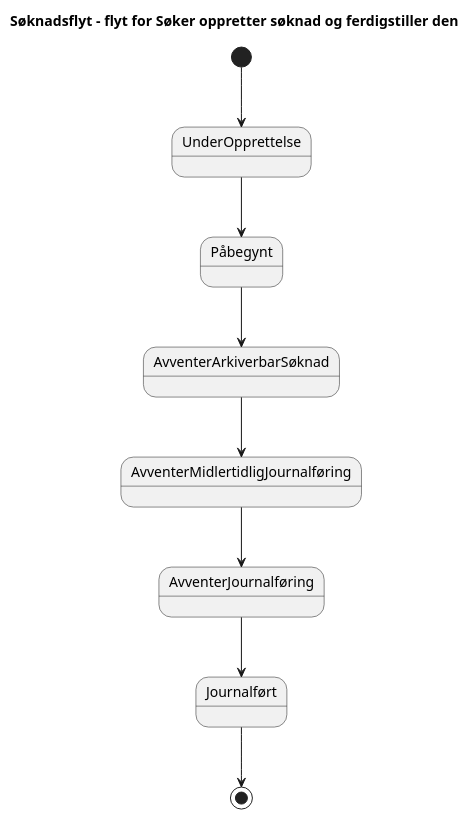
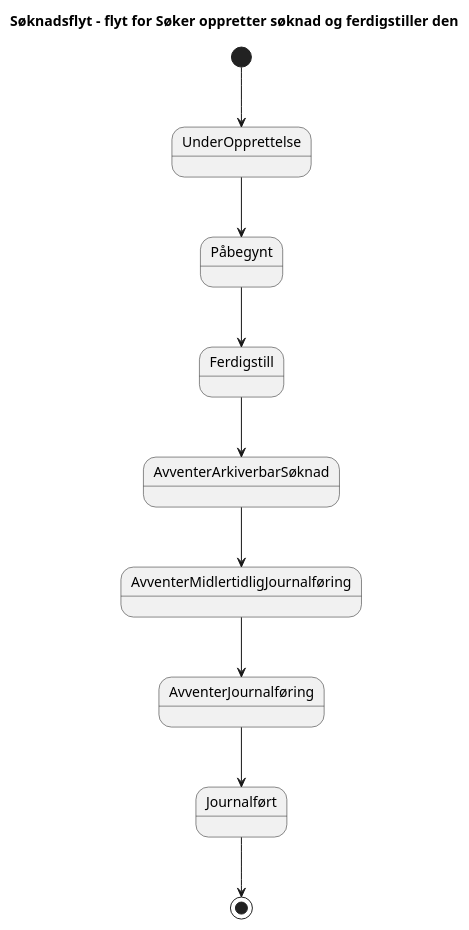
The diagram in docs/arkitektur/tilstander/Søker oppretter søknad og ferdigstiller den.approved.puml (navikt/dp-soknad), drawn with PlantUML before and after one commit. The commit also changed 7 other files, not shown here.

```diff
--- a/docs/arkitektur/tilstander/Søker oppretter søknad og ferdigstiller den.approved.puml
+++ b/docs/arkitektur/tilstander/Søker oppretter søknad og ferdigstiller den.approved.puml
@@ -1,12 +1,13 @@
 @startuml
 title 
 Søknadsflyt – flyt for Søker oppretter søknad og ferdigstiller den
 end title           
 [*]-->UnderOpprettelse 
 UnderOpprettelse --> Påbegynt
-Påbegynt --> AvventerArkiverbarSøknad
+Påbegynt --> Ferdigstill
+Ferdigstill --> AvventerArkiverbarSøknad
 AvventerArkiverbarSøknad --> AvventerMidlertidligJournalføring
 AvventerMidlertidligJournalføring --> AvventerJournalføring
 AvventerJournalføring --> Journalført
 Journalført--> [*]
 @enduml
```
